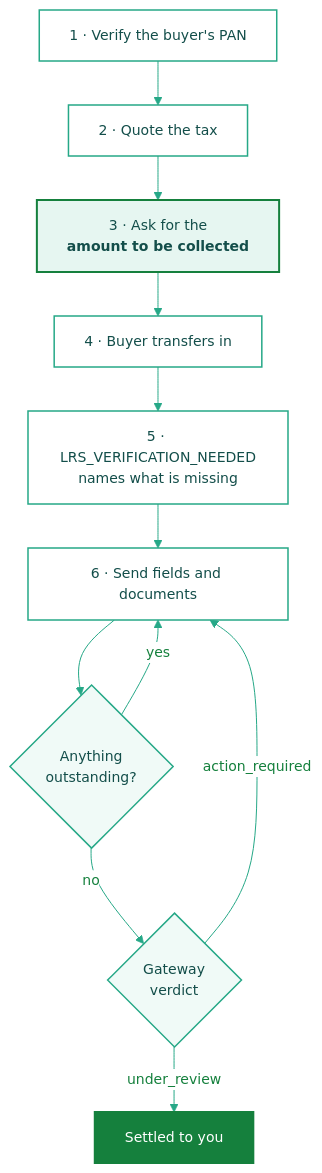
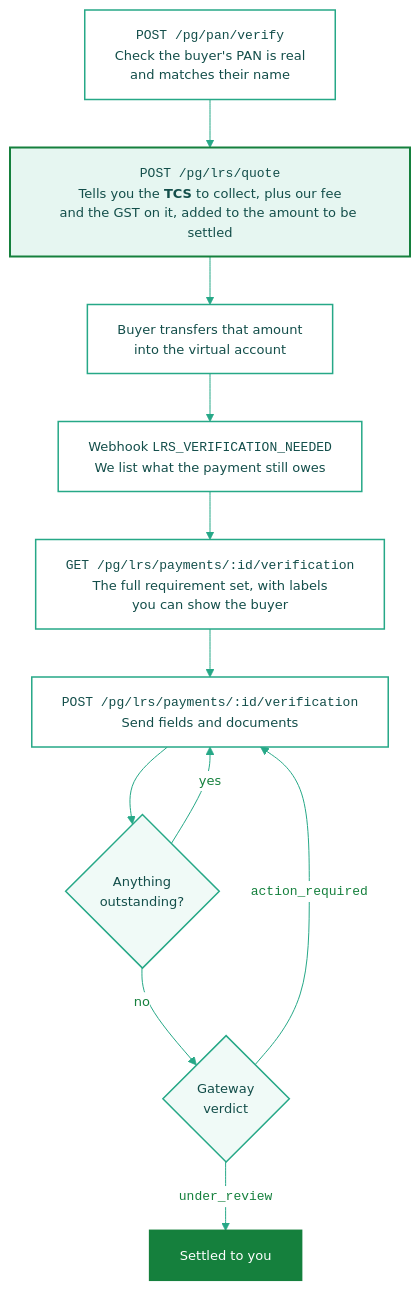
One commit to akhil-kumar-mg-mint/docs changed the diagram in integration-guide/v3/web-integration/lrs-verification.mdx. Above: the diagram before and after it, drawn with Mermaid. The commit also changed other lines of this file and 1 other file, not shown here.

Commit message:
docs(v3): flowchart — API names in code, TCS named, centred
Follows the review points on the diagram.

- Node labels now lead with the actual call in monospace: POST /pg/pan/verify,
  POST /pg/lrs/quote, GET and POST /pg/lrs/payments/:id/verification, and the
  LRS_VERIFICATION_NEEDED webhook. Verdict edges carry the real statuses,
  action_required and under_review, in code too. Paths are written with :id
  rather than a braced placeholder so no underscore or brace appears in a label.
- The quote node says what it is actually for: it tells you the TCS to collect
  plus our fee and the GST on it, added to the amount to be settled. Calling it
  'quote the tax' undersold it — it is how you learn what to ask the buyer for.
- Raised Mermaid's wrappingWidth to 340; the default was breaking endpoint paths
  mid-word into 'verifi / cation'.
- Centred the diagram via style.css, which is loaded but inlined by Mintlify,
  which is why it was not visible as a link in the page source. An inline <style>
  in MDX is stripped, and the flex wrapper had no effect because Mintlify's own
  mermaid container is full-width.

````diff
--- a/integration-guide/v3/web-integration/lrs-verification.mdx
+++ b/integration-guide/v3/web-integration/lrs-verification.mdx
@@ -20,42 +20,42 @@
 ```mermaid
 %%{init: {
   "theme": "base",
   "themeVariables": {
     "fontFamily": "ui-sans-serif, system-ui, -apple-system, sans-serif",
-    "fontSize": "14px",
+    "fontSize": "13px",
     "primaryColor": "#ffffff",
     "primaryTextColor": "#15803d",
     "primaryBorderColor": "#26a887",
     "lineColor": "#26a887",
     "tertiaryColor": "#ffffff",
     "edgeLabelBackground": "#ffffff"
   },
-  "flowchart": { "curve": "basis", "nodeSpacing": 40, "rankSpacing": 44 }
+  "flowchart": { "curve": "basis", "htmlLabels": true, "wrappingWidth": 340, "nodeSpacing": 44, "rankSpacing": 48 }
 }}%%
 flowchart TD
-    A["1 · Verify the buyer's PAN"]
-    B["2 · Quote the tax"]
-    C["3 · Ask for the<br/><b>amount to be collected</b>"]
-    D["4 · Buyer transfers in"]
-    E["5 · LRS_VERIFICATION_NEEDED<br/>names what is missing"]
-    F["6 · Send fields and documents"]
+    A["<code>POST /pg/pan/verify</code><br/>Check the buyer's PAN is real<br/>and matches their name"]
+    B["<code>POST /pg/lrs/quote</code><br/>Tells you the <b>TCS</b> to collect, plus our fee<br/>and the GST on it, added to the amount to be settled"]
+    C["Buyer transfers that amount<br/>into the virtual account"]
+    D["Webhook <code>LRS_VERIFICATION_NEEDED</code><br/>We list what the payment still owes"]
+    E["<code>GET /pg/lrs/payments/:id/verification</code><br/>The full requirement set, with labels<br/>you can show the buyer"]
+    F["<code>POST /pg/lrs/payments/:id/verification</code><br/>Send fields and documents"]
     G{"Anything<br/>outstanding?"}
     H{"Gateway<br/>verdict"}
     I["Settled to you"]
 
     A --> B --> C --> D --> E --> F --> G
     G -- "yes" --> F
     G -- "no" --> H
-    H -- "action_required" --> F
-    H -- "under_review" --> I
+    H -- "<code>action_required</code>" --> F
+    H -- "<code>under_review</code>" --> I
 
     classDef step fill:#ffffff,stroke:#26a887,stroke-width:1.5px,color:#134e4a
     classDef gate fill:#f0faf7,stroke:#26a887,stroke-width:1.5px,color:#134e4a
     classDef emphasis fill:#e6f6f1,stroke:#15803d,stroke-width:2px,color:#134e4a
     classDef done fill:#15803d,stroke:#15803d,stroke-width:2px,color:#ffffff
 
-    class A,B,D,E,F step
-    class C emphasis
+    class A,C,D,E,F step
+    class B emphasis
     class G,H gate
     class I done
 ```
````
